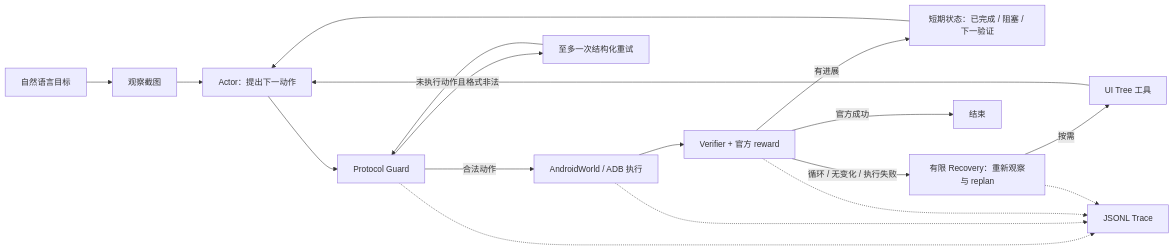
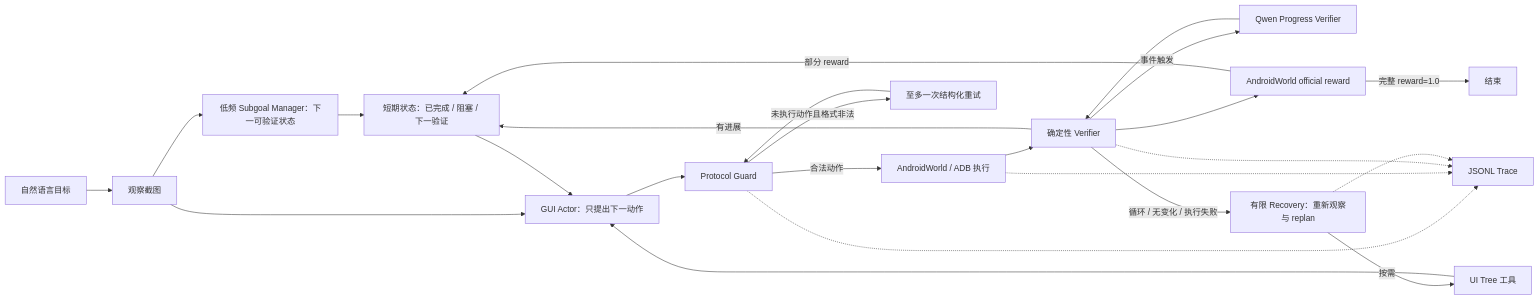
Before and after one commit to qizhanggu/mobilepilot-runtime: the diagram in README.md, drawn with Mermaid. The commit also changed other lines of this file and 46 other files, not shown here.

````diff
--- a/README.md
+++ b/README.md
@@ -32,20 +32,26 @@
 ```mermaid
 flowchart LR
   G["自然语言目标"] --> O["观察截图"]
-  O --> A["Actor：提出下一动作"]
+  O --> M["低频 Subgoal Manager：下一可验证状态"]
+  M --> S
+  O --> A["GUI Actor：只提出下一动作"]
   S["短期状态：已完成 / 阻塞 / 下一验证"] --> A
   A --> P["Protocol Guard"]
   P -->|合法动作| E["AndroidWorld / ADB 执行"]
   P -->|未执行动作且格式非法| R1["至多一次结构化重试"]
   R1 --> P
-  E --> V["Verifier + 官方 reward"]
+  E --> V["确定性 Verifier"]
+  V -->|事件触发| Q["Qwen Progress Verifier"]
+  Q --> V
+  V --> W["AndroidWorld official reward"]
   V -->|有进展| S
   V -->|循环 / 无变化 / 执行失败| R2["有限 Recovery：重新观察与 replan"]
   R2 -->|按需| T["UI Tree 工具"]
   T --> A
-  V -->|官方成功| D["结束"]
+  W -->|完整 reward=1.0| D["结束"]
+  W -->|部分 reward| S
   P -.-> J["JSONL Trace"]
   E -.-> J
   V -.-> J
   R2 -.-> J
 ```
````
